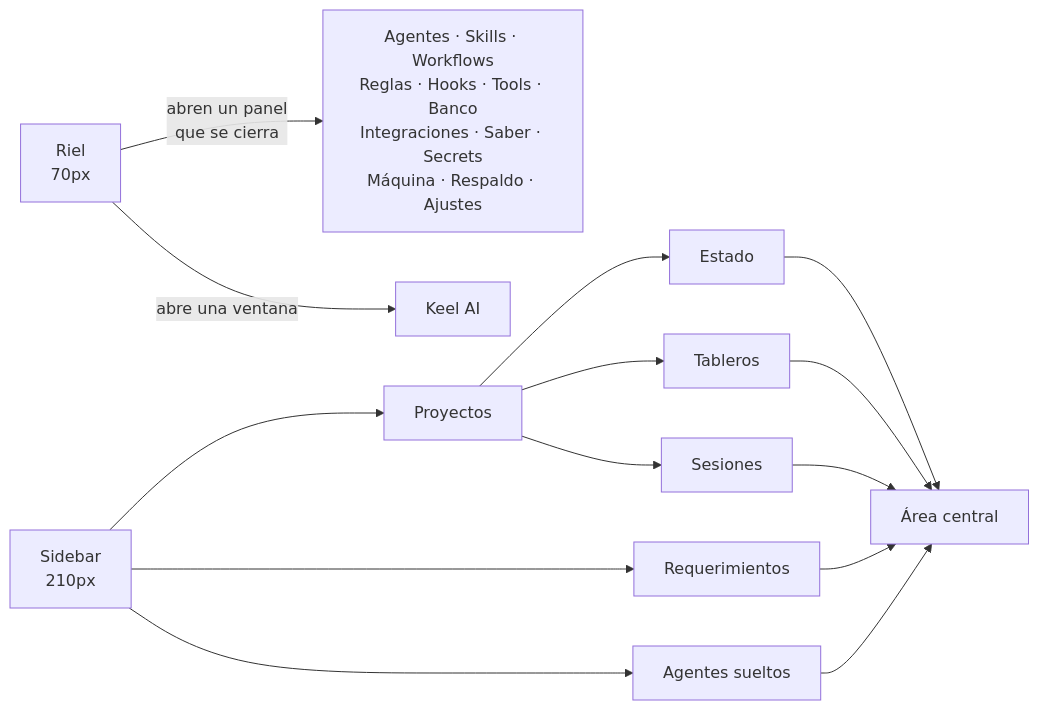
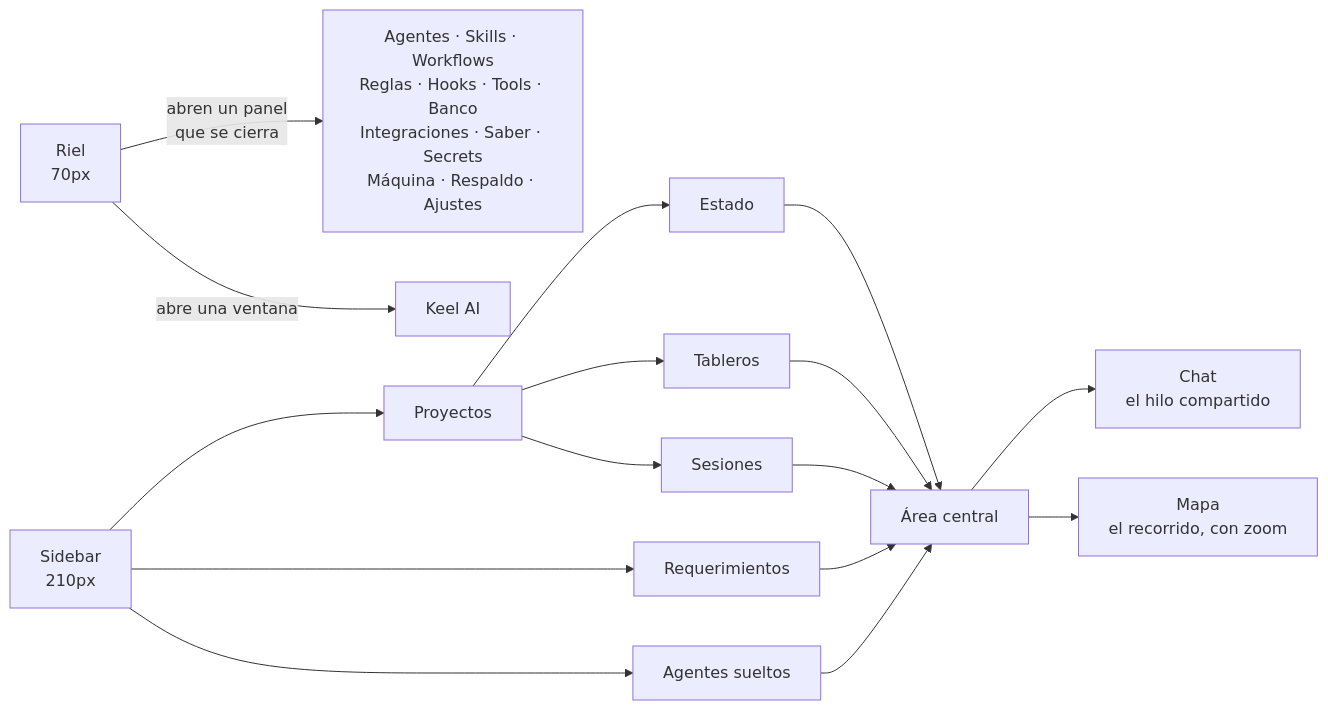
The third of 4 diagrams in README.md (JhonaCodes/keel-ui), drawn with Mermaid before and after one commit. The commit also changed other lines of this file and 3 other files, not shown here.

````diff
--- a/README.md
+++ b/README.md
@@ -139,22 +139,25 @@
 ```mermaid
 flowchart LR
     RIEL["Riel<br>70px"]
     SIDE["Sidebar<br>210px"]
     CENTRO["Área central"]
 
     RIEL -->|"abren un panel<br>que se cierra"| PANELES["Agentes · Skills · Workflows<br>Reglas · Hooks · Tools · Banco<br>Integraciones · Saber · Secrets<br>Máquina · Respaldo · Ajustes"]
     RIEL -->|"abre una ventana"| KEELAI["Keel AI"]
 
     SIDE --> PROY["Proyectos"]
     PROY --> ESTADO["Estado"]
     PROY --> TAB["Tableros"]
     PROY --> SES["Sesiones"]
     SIDE --> REQ["Requerimientos"]
     SIDE --> SUELTOS["Agentes sueltos"]
 
     ESTADO --> CENTRO
     TAB --> CENTRO
     SES --> CENTRO
     REQ --> CENTRO
     SUELTOS --> CENTRO
+
+    CENTRO --> CHAT["Chat<br>el hilo compartido"]
+    CENTRO --> MAPA["Mapa<br>el recorrido, con zoom"]
 ```
````
